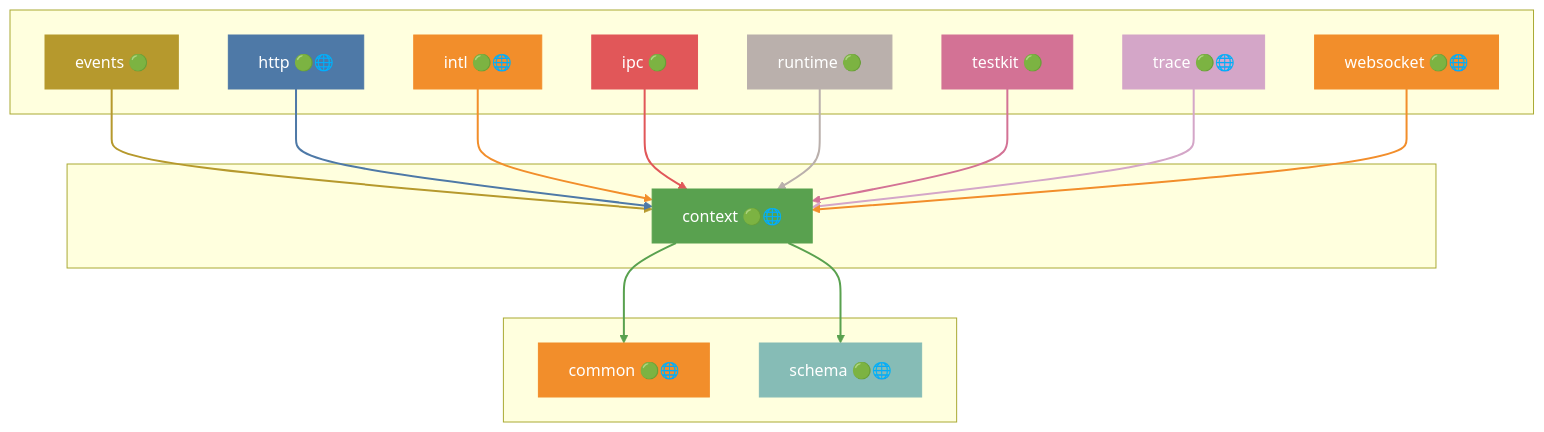
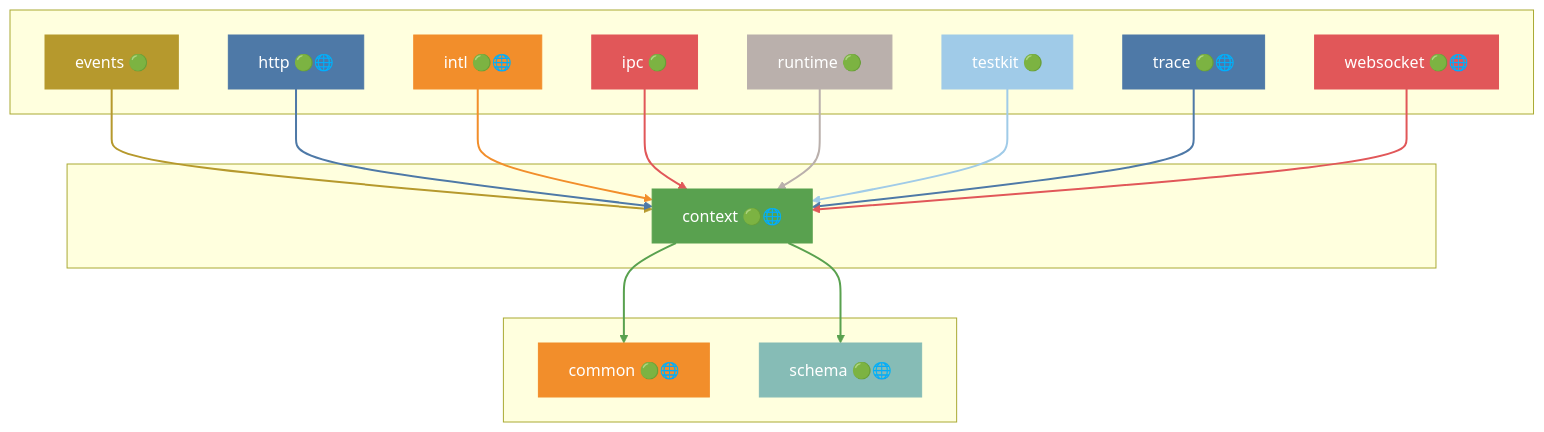
The sixth of 41 diagrams in docs/DEPENDENCIES.md (grest-ts/grest-ts), drawn with Mermaid before and after one commit. The commit also changed other lines of this file and 31 other files, not shown here.

````diff
--- a/docs/DEPENDENCIES.md
+++ b/docs/DEPENDENCIES.md
@@ -517,51 +519,51 @@
 ```mermaid
 flowchart TB
     subgraph Dependents[" "]
         events["events 🟢"]
         http["http 🟢🌐"]
         intl["intl 🟢🌐"]
         ipc["ipc 🟢"]
         runtime["runtime 🟢"]
         testkit["testkit 🟢"]
         trace["trace 🟢🌐"]
         websocket["websocket 🟢🌐"]
     end
     subgraph Package[" "]
         context["context 🟢🌐"]
     end
     subgraph Dependencies[" "]
         common["common 🟢🌐"]
         schema["schema 🟢🌐"]
     end
     events --> context
     http --> context
     intl --> context
     ipc --> context
     runtime --> context
     testkit --> context
     trace --> context
     websocket --> context
     context --> common
     context --> schema
     style context fill:#59A14F,stroke:#59A14F,color:#fff
     style events fill:#B6992D,stroke:#B6992D,color:#fff
     style http fill:#4E79A7,stroke:#4E79A7,color:#fff
     style intl fill:#F28E2B,stroke:#F28E2B,color:#fff
     style ipc fill:#E15759,stroke:#E15759,color:#fff
     style runtime fill:#BAB0AC,stroke:#BAB0AC,color:#fff
-    style testkit fill:#D37295,stroke:#D37295,color:#fff
-    style trace fill:#D4A6C8,stroke:#D4A6C8,color:#fff
-    style websocket fill:#F28E2B,stroke:#F28E2B,color:#fff
+    style testkit fill:#A0CBE8,stroke:#A0CBE8,color:#fff
+    style trace fill:#4E79A7,stroke:#4E79A7,color:#fff
+    style websocket fill:#E15759,stroke:#E15759,color:#fff
     style common fill:#F28E2B,stroke:#F28E2B,color:#fff
     style schema fill:#86BCB6,stroke:#86BCB6,color:#fff
     linkStyle 0 stroke:#B6992D,stroke-width:2px
     linkStyle 1 stroke:#4E79A7,stroke-width:2px
     linkStyle 2 stroke:#F28E2B,stroke-width:2px
     linkStyle 3 stroke:#E15759,stroke-width:2px
     linkStyle 4 stroke:#BAB0AC,stroke-width:2px
-    linkStyle 5 stroke:#D37295,stroke-width:2px
-    linkStyle 6 stroke:#D4A6C8,stroke-width:2px
-    linkStyle 7 stroke:#F28E2B,stroke-width:2px
+    linkStyle 5 stroke:#A0CBE8,stroke-width:2px
+    linkStyle 6 stroke:#4E79A7,stroke-width:2px
+    linkStyle 7 stroke:#E15759,stroke-width:2px
     linkStyle 8 stroke:#59A14F,stroke-width:2px
     linkStyle 9 stroke:#59A14F,stroke-width:2px
 ```
````
